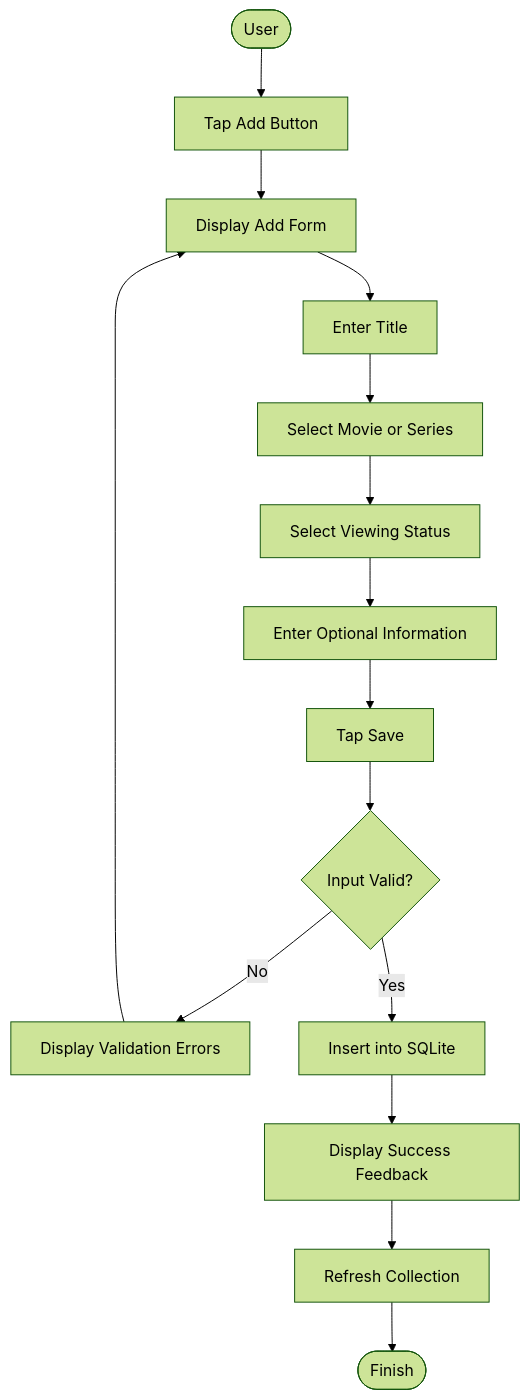
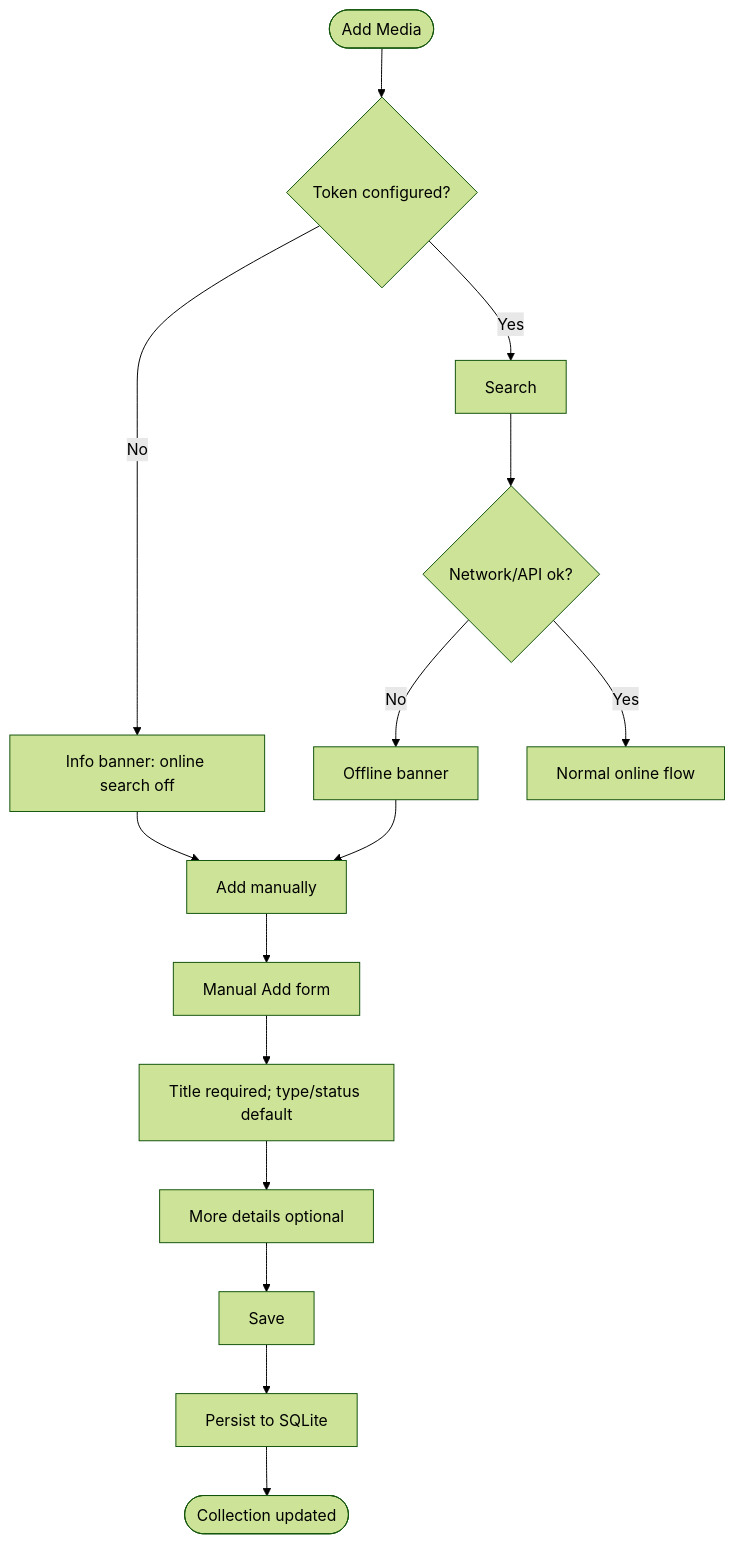
Before and after one commit to Aldo-Kristian/CineTrack: the third of 7 diagrams in docs/05-user-flow.md, drawn with Mermaid (forest theme). The commit also changed other lines of this file and 17 other files, not shown here.

````diff
--- a/docs/05-user-flow.md
+++ b/docs/05-user-flow.md
@@ -70,17 +99,17 @@
 ```mermaid
 flowchart TD
-    A([User]) --> B[Tap Add Button]
-    B --> C[Display Add Form]
-    C --> D[Enter Title]
-    D --> E[Select Movie or Series]
-    E --> F[Select Viewing Status]
-    F --> G[Enter Optional Information]
-    G --> H[Tap Save]
-    H --> I{Input Valid?}
-    I -->|No| J[Display Validation Errors]
-    J --> C
-    I -->|Yes| K[Insert into SQLite]
-    K --> L[Display Success Feedback]
-    L --> M[Refresh Collection]
-    M --> N([Finish])
+    A([Add Media]) --> B{Token configured?}
+    B -->|No| C[Info banner: online search off]
+    B -->|Yes| D[Search]
+    D --> E{Network/API ok?}
+    E -->|No| F[Offline banner]
+    E -->|Yes| G[Normal online flow]
+    C --> H[Add manually]
+    F --> H
+    H --> I[Manual Add form]
+    I --> J[Title required; type/status default]
+    J --> K[More details optional]
+    K --> L[Save]
+    L --> M[Persist to SQLite]
+    M --> N([Collection updated])
 ```
````
